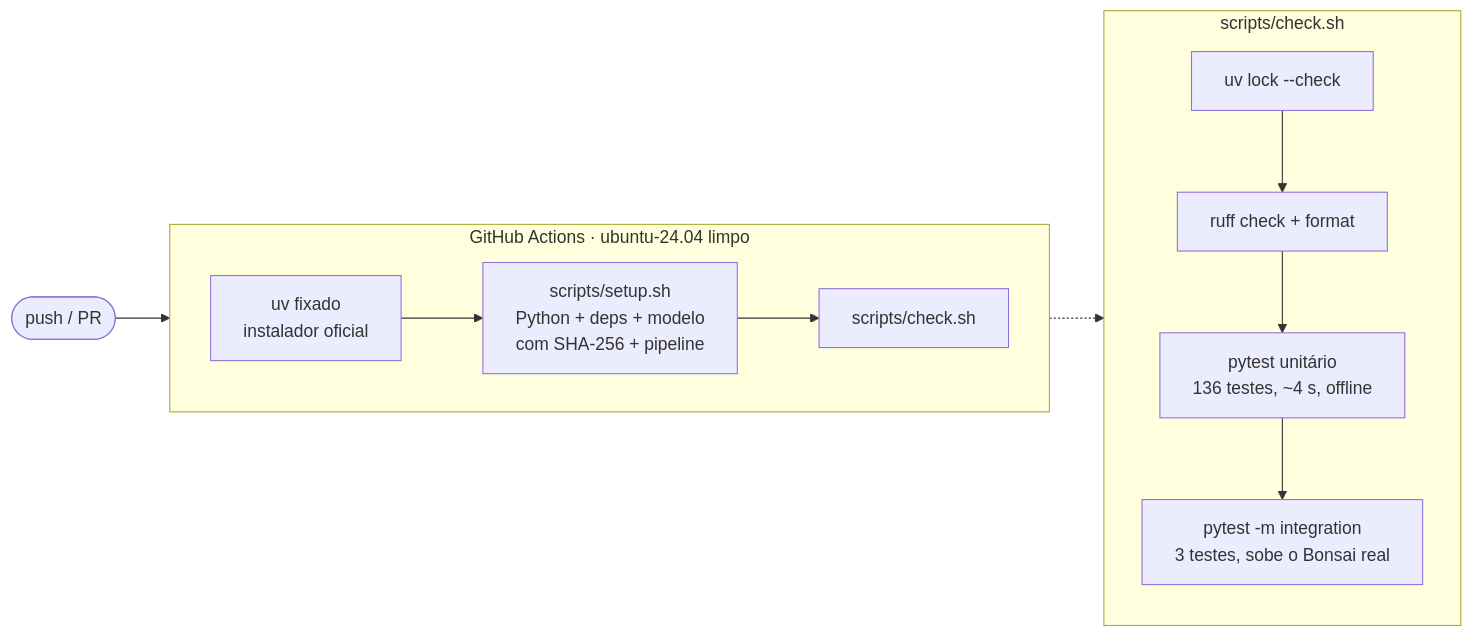
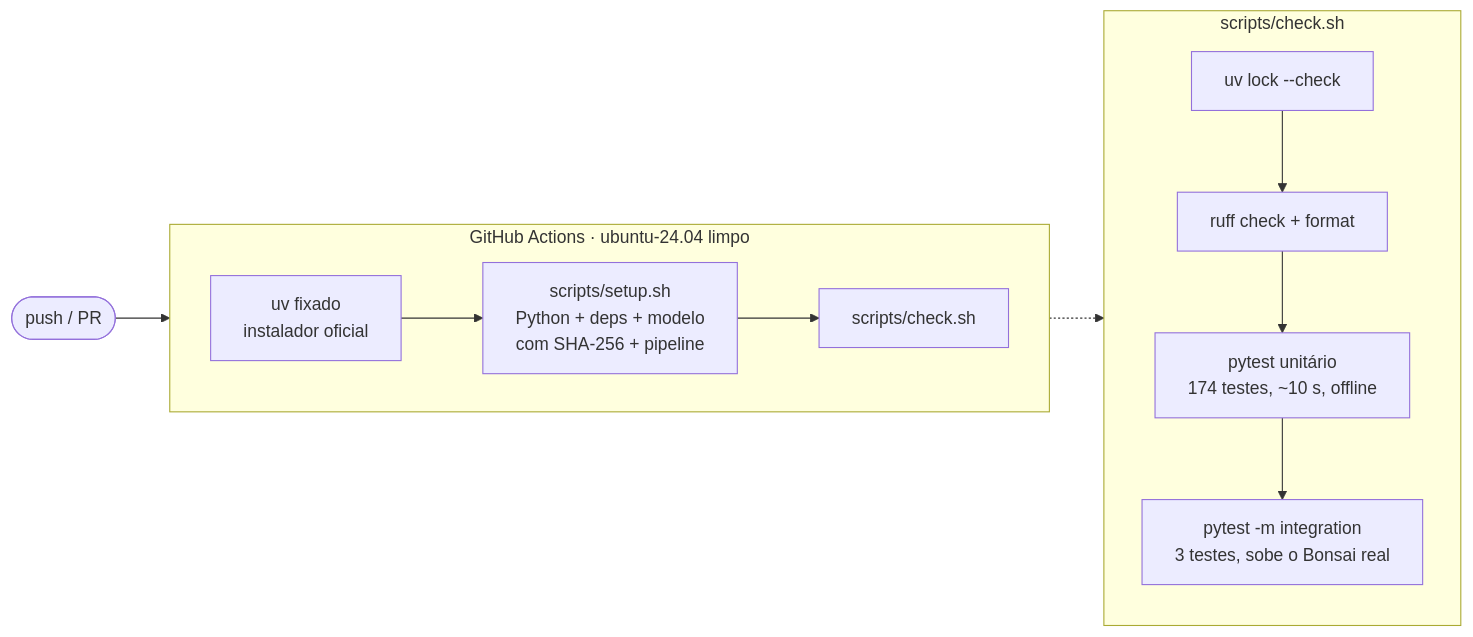
The sixth of 12 diagrams in README.md (RonildoSilva/ai-engineer-challenge), drawn with Mermaid before and after one commit. The commit also changed other lines of this file and 18 other files, not shown here.

````diff
--- a/README.md
+++ b/README.md
@@ -205,15 +209,15 @@
 ```mermaid
 flowchart LR
     P([push / PR]) --> CI
     subgraph CI[GitHub Actions · ubuntu-24.04 limpo]
         direction LR
         U[uv fixado<br/>instalador oficial] --> S[scripts/setup.sh<br/>Python + deps + modelo<br/>com SHA-256 + pipeline] --> K[scripts/check.sh]
     end
     subgraph K2[scripts/check.sh]
         direction TB
         L1[uv lock --check] --> L2[ruff check + format]
-        L2 --> L3[pytest unitário<br/>136 testes, ~4 s, offline]
+        L2 --> L3[pytest unitário<br/>174 testes, ~10 s, offline]
         L3 --> L4[pytest -m integration<br/>3 testes, sobe o Bonsai real]
     end
     K -.-> K2
 ```
````
